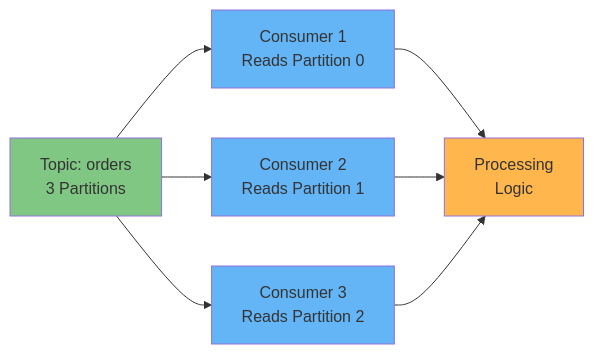
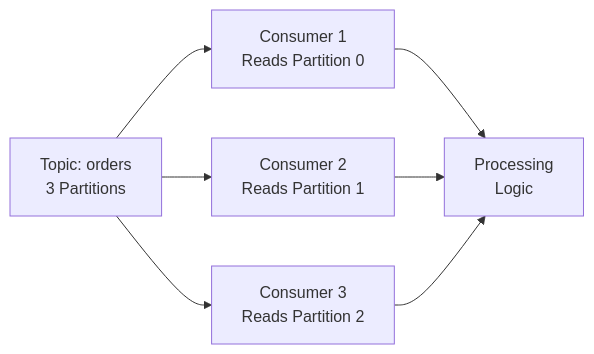
One commit to mombe090/techdocs changed the first of 4 diagrams in docs/how-to/kafka-consume-messages.md. Above: the diagram before and after it, drawn with Mermaid. The commit also changed other lines of this file and 11 other files, not shown here.

First line of the commit message:
style: remove hardcoded Mermaid diagram colors for dark mode compatibility

````diff
--- a/docs/how-to/kafka-consume-messages.md
+++ b/docs/how-to/kafka-consume-messages.md
@@ -119,16 +119,11 @@
 ```mermaid
 graph LR
     T[Topic: orders<br/>3 Partitions] --> C1[Consumer 1<br/>Reads Partition 0]
     T --> C2[Consumer 2<br/>Reads Partition 1]
     T --> C3[Consumer 3<br/>Reads Partition 2]
 
     C1 --> P[Processing<br/>Logic]
     C2 --> P
     C3 --> P
 
-    style T fill:#81c784
-    style C1 fill:#64b5f6
-    style C2 fill:#64b5f6
-    style C3 fill:#64b5f6
-    style P fill:#ffb74d
 ```
````
